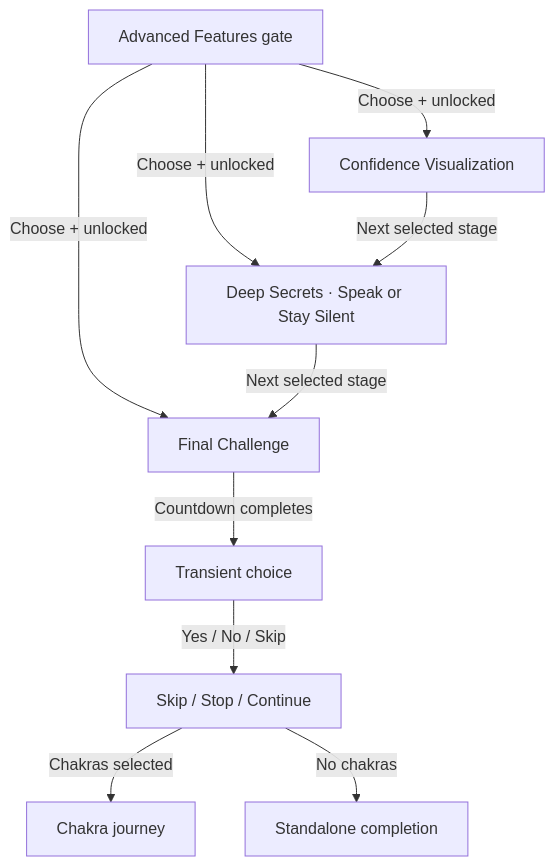
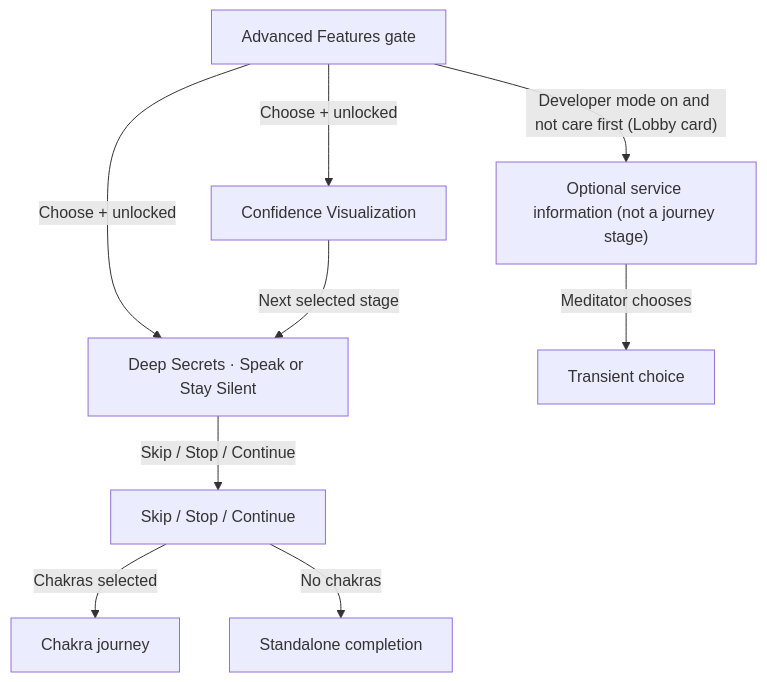
Diagram 24 of 55 in docs/app-map/FLOW-REFERENCE.md (missionode/lite), drawn with Mermaid before and after one commit. The commit also changed other lines of this file and 86 other files, not shown here.

First line of the commit message:
feat: move the optional-service offer out of the journey; keep care-first flag across page loads

````diff
--- a/docs/app-map/FLOW-REFERENCE.md
+++ b/docs/app-map/FLOW-REFERENCE.md
@@ -1255,20 +1255,19 @@
 ```mermaid
 flowchart TD
   gate["Advanced Features gate"]
   confidence["Confidence Visualization"]
   secrets["Deep Secrets · Speak or Stay Silent"]
-  final["Final Challenge"]
+  final["Optional service information (not a journey stage)"]
   answer["Transient choice"]
   exit["Skip / Stop / Continue"]
   route["Chakra journey"]
   finish["Standalone completion"]
   gate -->|"Choose + unlocked"| confidence
   gate -->|"Choose + unlocked"| secrets
-  gate -->|"Choose + unlocked"| final
+  gate -->|"Developer mode on and not care first (Lobby card)"| final
   confidence -->|"Next selected stage"| secrets
-  secrets -->|"Next selected stage"| final
-  final -->|"Countdown completes"| answer
-  answer -->|"Yes / No / Skip"| exit
+  secrets -->|"Skip / Stop / Continue"| exit
+  final -->|"Meditator chooses"| answer
   exit -->|"Chakras selected"| route
   exit -->|"No chakras"| finish
 ```
````
